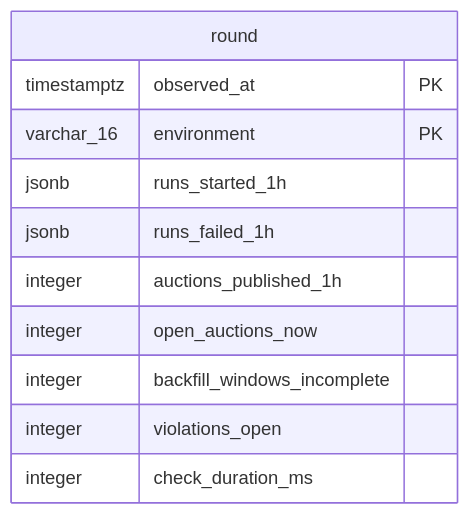
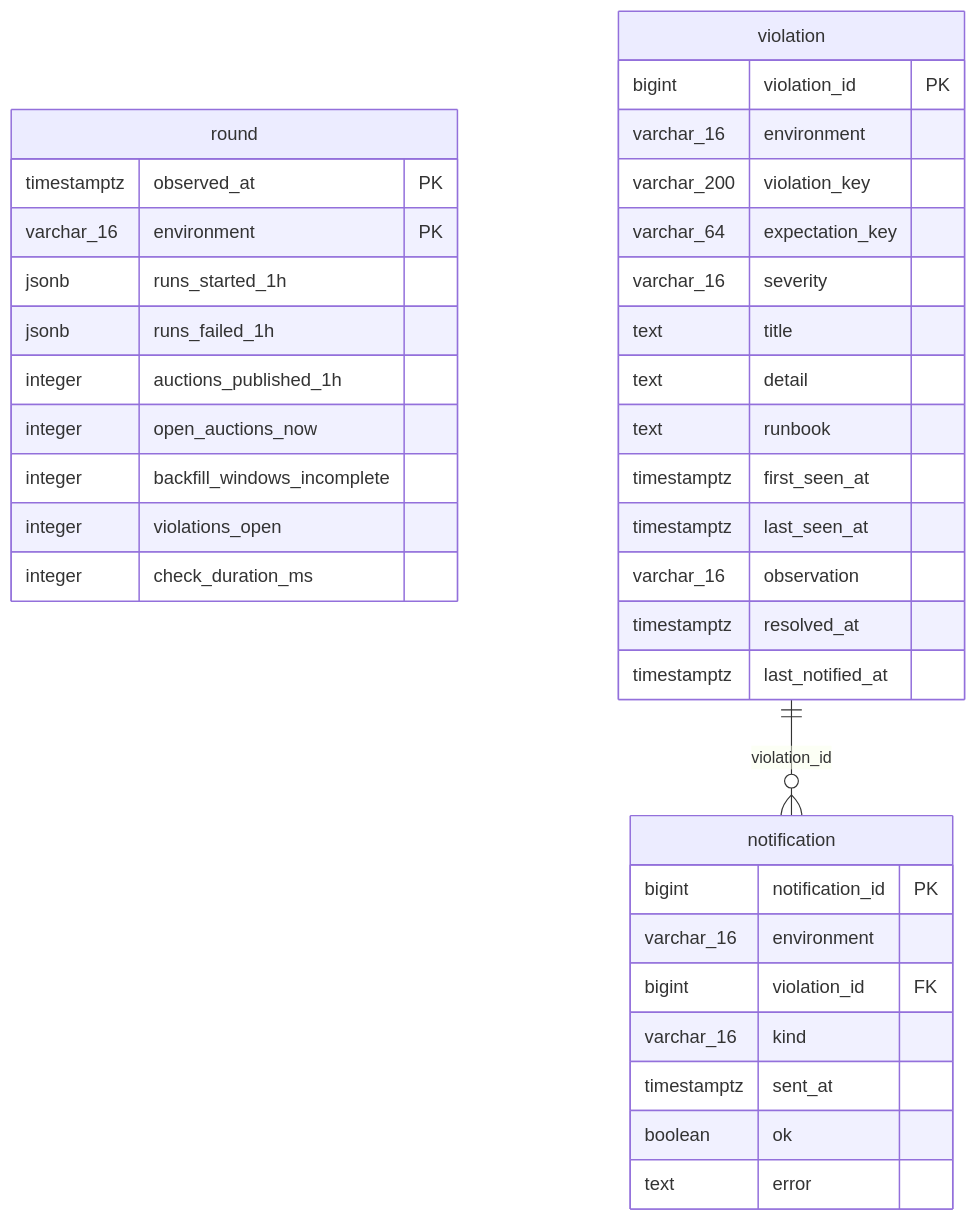
Before and after one commit to Lamyzm/eat-bid-service: the diagram in docs/architecture/generated/erd-monitoring.md, drawn with Mermaid. The commit also changed other lines of this file and 26 other files, not shown here.

````diff
--- a/docs/architecture/generated/erd-monitoring.md
+++ b/docs/architecture/generated/erd-monitoring.md
@@ -8,14 +8,39 @@
 ```mermaid
 erDiagram
+    notification {
+        bigint notification_id PK
+        varchar_16 environment
+        bigint violation_id FK
+        varchar_16 kind
+        timestamptz sent_at
+        boolean ok
+        text error
+    }
     round {
         timestamptz observed_at PK
         varchar_16 environment PK
         jsonb runs_started_1h
         jsonb runs_failed_1h
         integer auctions_published_1h
         integer open_auctions_now
         integer backfill_windows_incomplete
         integer violations_open
         integer check_duration_ms
     }
+    violation {
+        bigint violation_id PK
+        varchar_16 environment
+        varchar_200 violation_key
+        varchar_64 expectation_key
+        varchar_16 severity
+        text title
+        text detail
+        text runbook
+        timestamptz first_seen_at
+        timestamptz last_seen_at
+        varchar_16 observation
+        timestamptz resolved_at
+        timestamptz last_notified_at
+    }
+    violation ||--o{ notification : "violation_id"
 ```
````
